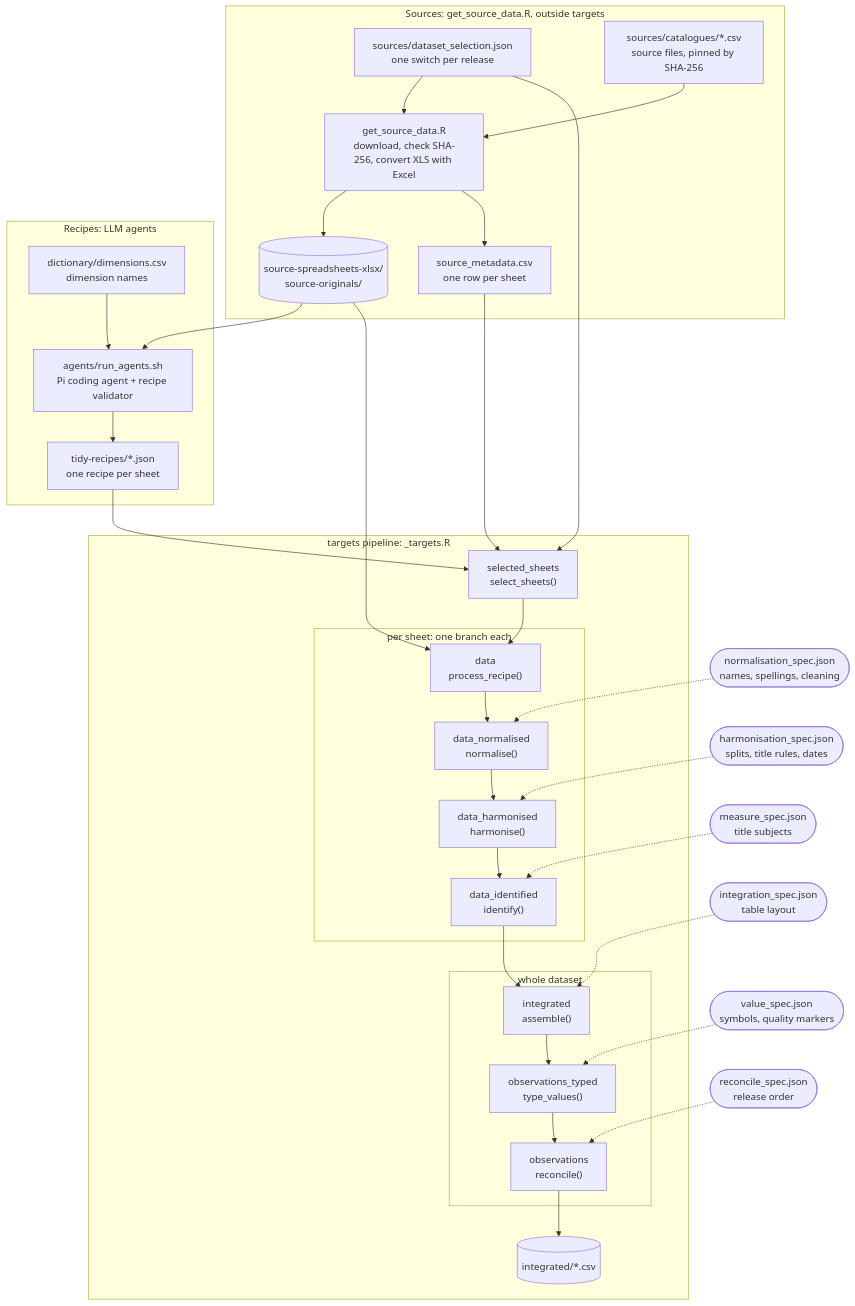
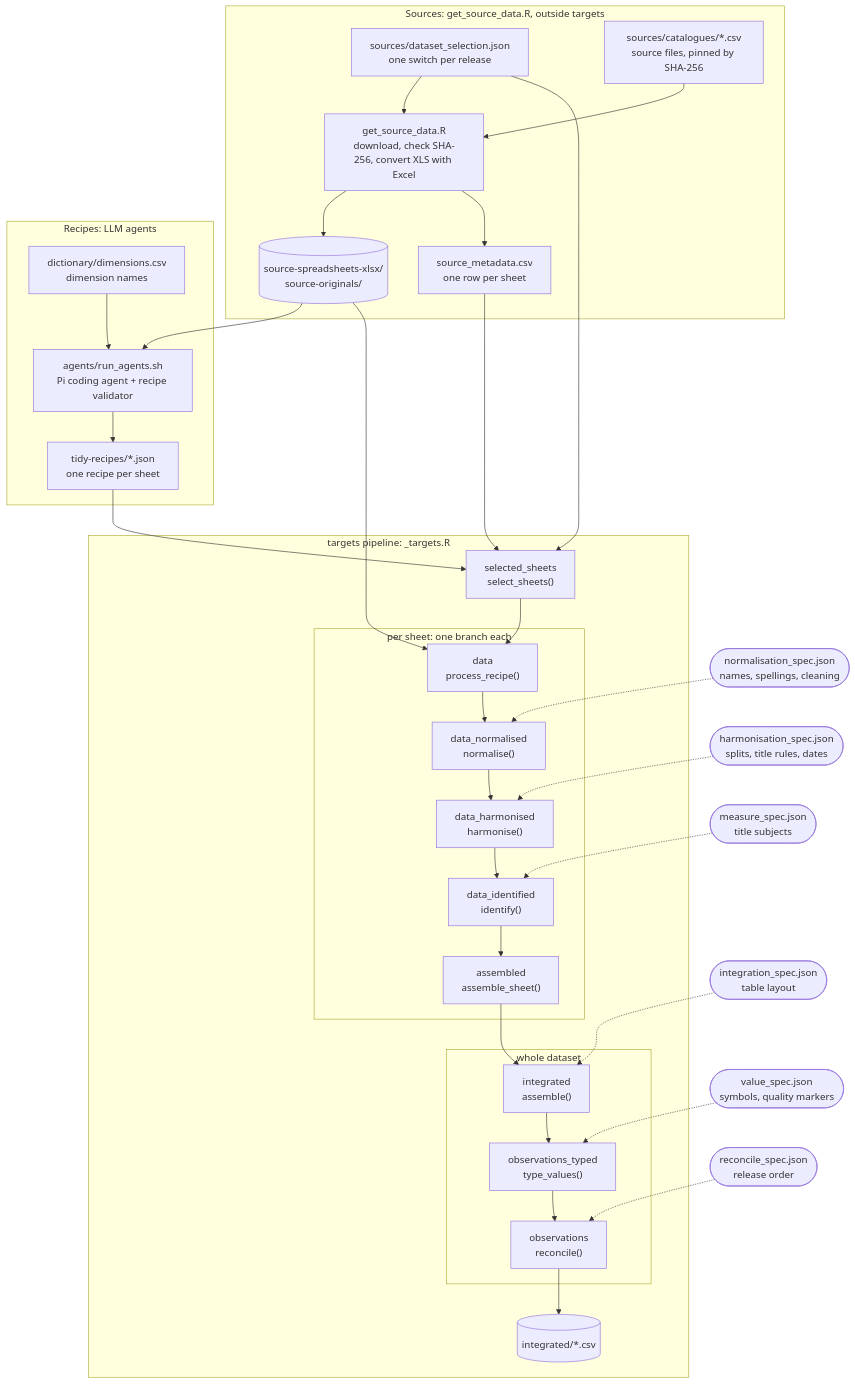
Before and after one commit to ianmoran11/tidy-pipeline: the second of 2 diagrams in README.md, drawn with Mermaid. The commit also changed other lines of this file and 1992 other files, not shown here.

````diff
--- a/README.md
+++ b/README.md
@@ -105,51 +105,52 @@
 ```mermaid
 flowchart TD
     subgraph SRC["Sources: get_source_data.R, outside targets"]
         sel["sources/dataset_selection.json<br/>one switch per release"]
         cat["sources/catalogues/*.csv<br/>source files, pinned by SHA-256"]
         gsd["get_source_data.R<br/>download, check SHA-256, convert XLS with Excel"]
         files[("source-spreadsheets-xlsx/<br/>source-originals/")]
         meta["source_metadata.csv<br/>one row per sheet"]
         sel --> gsd
         cat --> gsd
         gsd --> files
         gsd --> meta
     end
 
     subgraph REC["Recipes: LLM agents"]
         dict["dictionary/dimensions.csv<br/>dimension names"]
         agents["agents/run_agents.sh<br/>Pi coding agent + recipe validator"]
         recipes["tidy-recipes/*.json<br/>one recipe per sheet"]
         dict --> agents
         agents --> recipes
     end
     files --> agents
 
     subgraph TAR["targets pipeline: _targets.R"]
         selected["selected_sheets<br/>select_sheets()"]
         subgraph PER["per sheet: one branch each"]
             data["data<br/>process_recipe()"]
             norm["data_normalised<br/>normalise()"]
             harm["data_harmonised<br/>harmonise()"]
             iden["data_identified<br/>identify()"]
+            asms["assembled<br/>assemble_sheet()"]
         end
         subgraph WHOLE["whole dataset"]
             asm["integrated<br/>assemble()"]
             typ["observations_typed<br/>type_values()"]
             recon["observations<br/>reconcile()"]
         end
         csv[("integrated/*.csv")]
-        selected --> data --> norm --> harm --> iden --> asm --> typ --> recon --> csv
+        selected --> data --> norm --> harm --> iden --> asms --> asm --> typ --> recon --> csv
     end
     sel --> selected
     meta --> selected
     recipes --> selected
     files --> data
 
     nspec(["normalisation_spec.json<br/>names, spellings, cleaning"]) -.-> norm
     hspec(["harmonisation_spec.json<br/>splits, title rules, dates"]) -.-> harm
     mspec(["measure_spec.json<br/>title subjects"]) -.-> iden
     ispec(["integration_spec.json<br/>table layout"]) -.-> asm
     vspec(["value_spec.json<br/>symbols, quality markers"]) -.-> typ
     rspec(["reconcile_spec.json<br/>release order"]) -.-> recon
 ```
````
